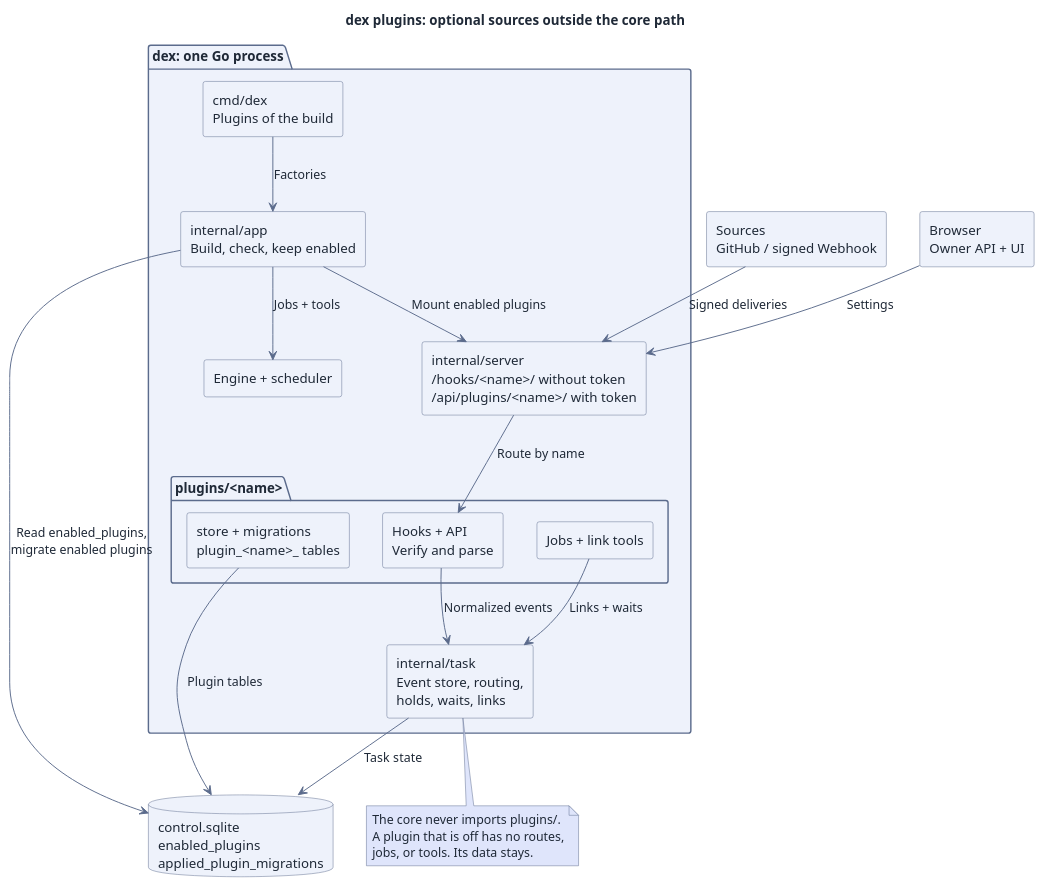
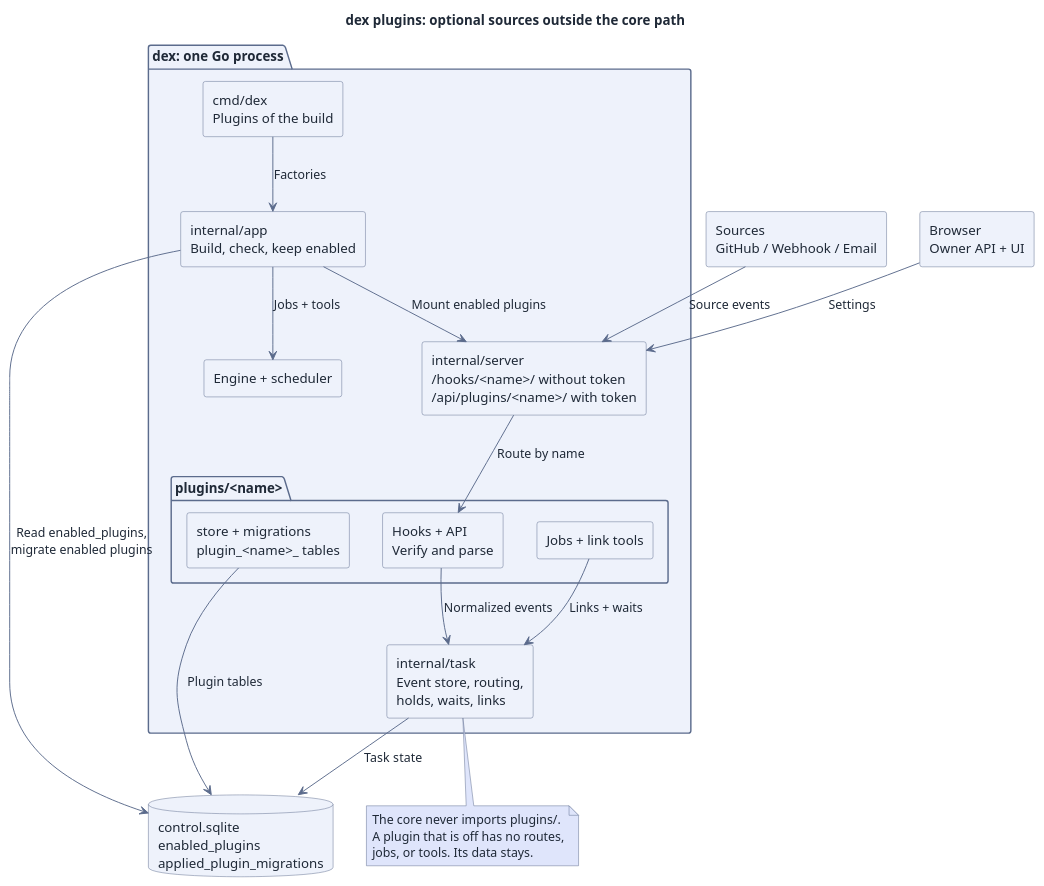
The diagram in docs/assets/src/plugins.puml (recally-io/dex), drawn with PlantUML before and after one commit. The commit also changed 27 other files, not shown here.

```diff
--- a/docs/assets/src/plugins.puml
+++ b/docs/assets/src/plugins.puml
@@ -1,85 +1,85 @@
 @startuml
 skinparam RectangleBackgroundColor #eef2fb
 skinparam RectangleBorderColor #5b6b8c
 skinparam RectangleFontColor #1f2937
 skinparam ComponentBackgroundColor #eef2fb
 skinparam ComponentBorderColor #5b6b8c
 skinparam ComponentFontColor #1f2937
 skinparam ClassBackgroundColor #eef2fb
 skinparam ClassBorderColor #5b6b8c
 skinparam ClassFontColor #1f2937
 skinparam UsecaseBackgroundColor #eef2fb
 skinparam UsecaseBorderColor #5b6b8c
 skinparam UsecaseFontColor #1f2937
 skinparam DatabaseBackgroundColor #eef2fb
 skinparam DatabaseBorderColor #5b6b8c
 skinparam DatabaseFontColor #1f2937
 skinparam NodeBackgroundColor #eef2fb
 skinparam NodeBorderColor #5b6b8c
 skinparam NodeFontColor #1f2937
 skinparam ActorBackgroundColor #eef2fb
 skinparam ActorBorderColor #5b6b8c
 skinparam ActorFontColor #1f2937
 skinparam StateBackgroundColor #eef2fb
 skinparam StateBorderColor #5b6b8c
 skinparam StateFontColor #1f2937
 skinparam ArtifactBackgroundColor #eef2fb
 skinparam ArtifactBorderColor #5b6b8c
 skinparam ArtifactFontColor #1f2937
 skinparam CloudBackgroundColor #eef2fb
 skinparam CloudBorderColor #5b6b8c
 skinparam CloudFontColor #1f2937
 skinparam FolderBackgroundColor #eef2fb
 skinparam FolderBorderColor #5b6b8c
 skinparam FolderFontColor #1f2937
 skinparam PackageBackgroundColor #eef2fb
 skinparam PackageBorderColor #5b6b8c
 skinparam DefaultFontColor #1f2937
 skinparam ArrowColor #5b6b8c
 skinparam ArrowFontColor #1f2937
 skinparam NoteBackgroundColor #dfe5fb
 skinparam NoteBorderColor #5b6b8c
 skinparam NoteFontColor #1f2937
 skinparam stereotypeABackgroundColor #d9e3f4
 skinparam stereotypeABorderColor #5b6b8c
 skinparam stereotypeCBackgroundColor #d9e3f4
 skinparam stereotypeCBorderColor #5b6b8c
 skinparam stereotypeEBackgroundColor #d9e3f4
 skinparam stereotypeEBorderColor #5b6b8c
 skinparam stereotypeIBackgroundColor #d9e3f4
 skinparam stereotypeIBorderColor #5b6b8c
 skinparam BackgroundColor #ffffff
 title dex plugins: optional sources outside the core path
 top to bottom direction
-rectangle "Sources\nGitHub / signed Webhook" as sources
+rectangle "Sources\nGitHub / Webhook / Email" as sources
 rectangle "Browser\nOwner API + UI" as browser
 package "dex: one Go process" as runtime {
   rectangle "cmd/dex\nPlugins of the build" as cmd
   rectangle "internal/app\nBuild, check, keep enabled" as app
   rectangle "internal/server\n/hooks/<name>/ without token\n/api/plugins/<name>/ with token" as server
   package "plugins/<name>" as plugin {
     rectangle "Hooks + API\nVerify and parse" as handlers
     rectangle "Jobs + link tools" as extras
     rectangle "store + migrations\nplugin_<name>_ tables" as pstore
   }
   rectangle "internal/task\nEvent store, routing,\nholds, waits, links" as taskstore
   rectangle "Engine + scheduler" as core
 }
 database "control.sqlite\nenabled_plugins\napplied_plugin_migrations" as cdb
 cmd --> app : Factories
 app --> cdb : Read enabled_plugins,\nmigrate enabled plugins
 app --> server : Mount enabled plugins
 app --> core : Jobs + tools
-sources --> server : Signed deliveries
+sources --> server : Source events
 browser --> server : Settings
 server --> handlers : Route by name
 handlers --> taskstore : Normalized events
 extras --> taskstore : Links + waits
 pstore --> cdb : Plugin tables
 taskstore --> cdb : Task state
 note bottom of taskstore
   The core never imports plugins/.
   A plugin that is off has no routes,
   jobs, or tools. Its data stays.
 end note
 @enduml
```
